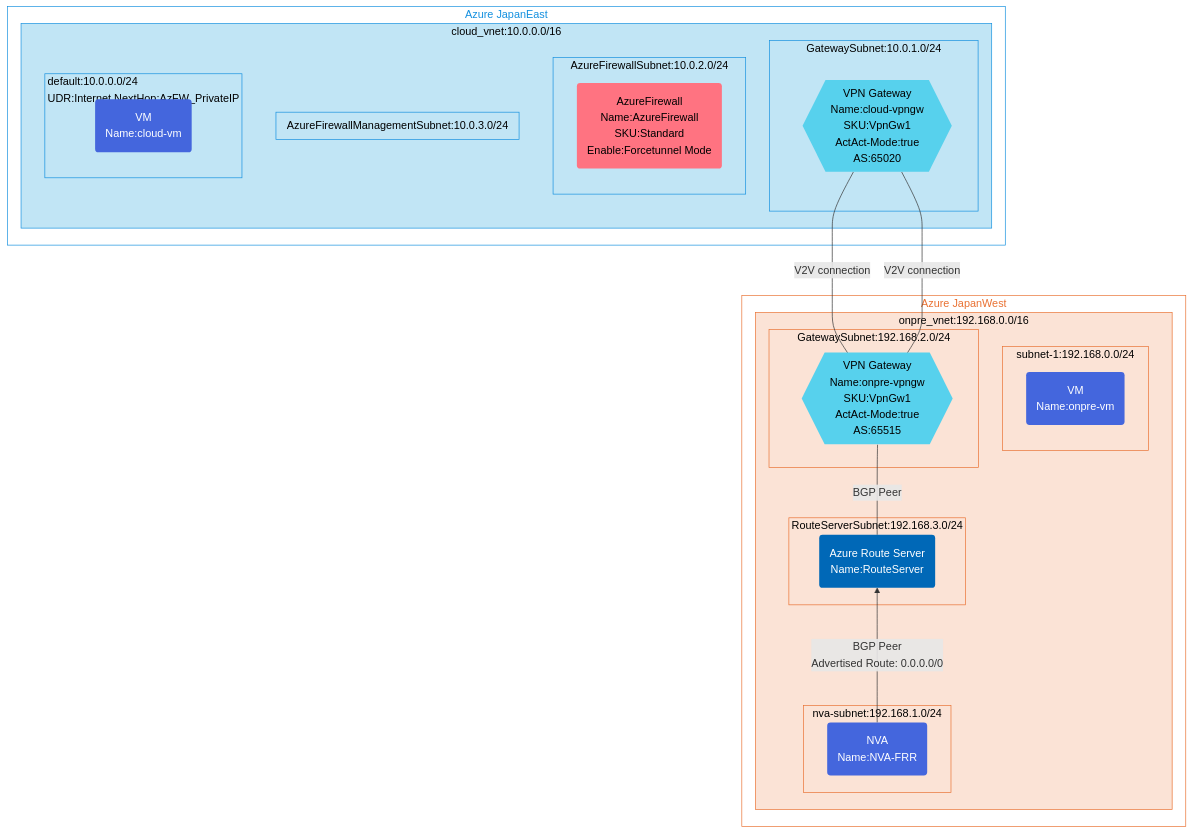
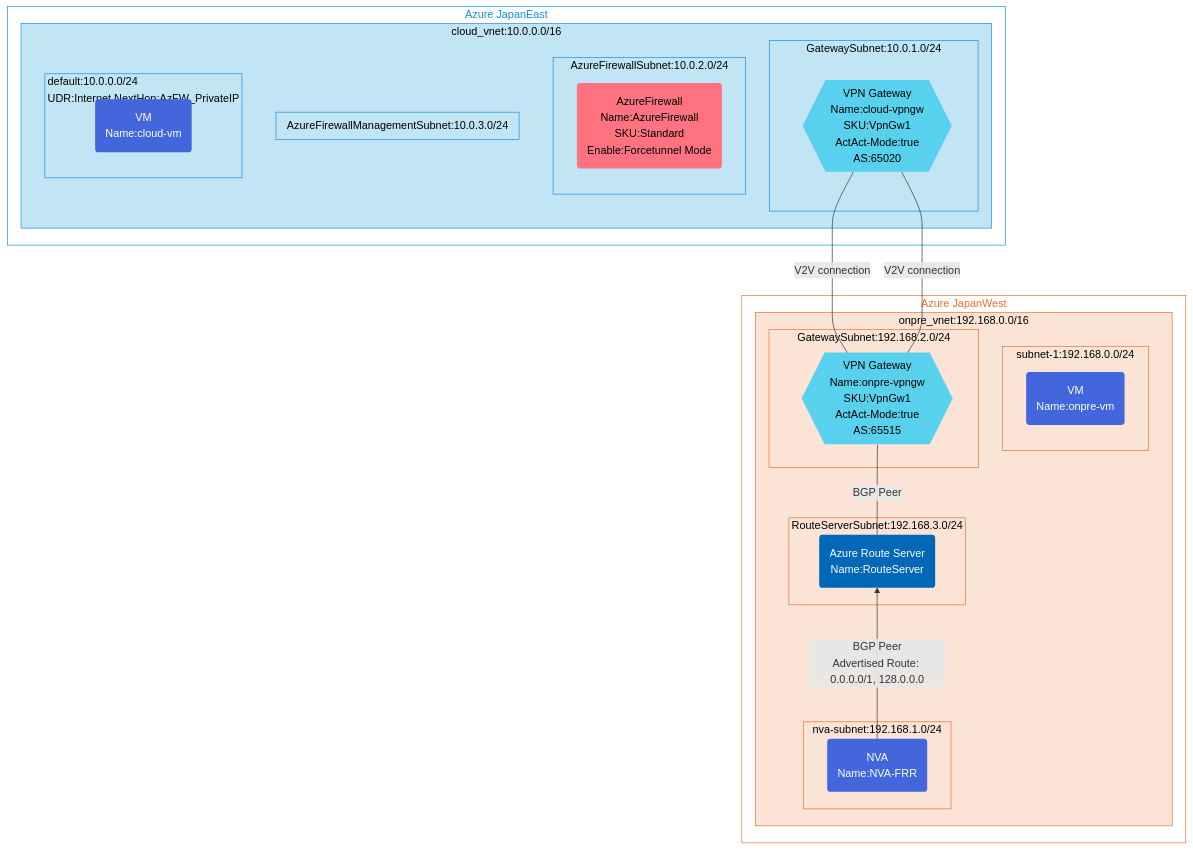
Before and after one commit to toizumi03/bicep-templates: the diagram in force-tunneling-configuration-using-AzFW-forcetunnel-mode/README.md, drawn with Mermaid.

````diff
--- a/force-tunneling-configuration-using-AzFW-forcetunnel-mode/README.md
+++ b/force-tunneling-configuration-using-AzFW-forcetunnel-mode/README.md
@@ -3,72 +3,72 @@
 ```mermaid
 graph BT;
 %% Groups and Services
 subgraph GR2[Azure JapanEast]
   subgraph GV2[cloud_vnet:10.0.0.0/16]
      subgraph GVS6[GatewaySubnet:10.0.1.0/24]
       VPNGW2{{"VPN Gateway<br/>Name:cloud-vpngw<br/>SKU:VpnGw1<br/>ActAct-Mode:true<br/>AS:65020"}}
     end
      subgraph GVS8[AzureFirewallSubnet:10.0.2.0/24]
         AzFW("AzureFirewall<br/>Name:AzureFirewall<br/>SKU:Standard<br/>Enable:Forcetunnel Mode")
     end
       subgraph GVS9[AzureFirewallManagementSubnet:10.0.3.0/24]
         AzFW("AzureFirewall<br/>Name:AzureFirewall<br/>SKU:Standard<br/>Enable:Forcetunnel Mode")
     end
       subgraph GVS7[default:10.0.0.0/24<br/>UDR:Internet NextHop:AzFW_PrivateIP]
         CP3("VM<br/>Name:cloud-vm")
     end
 end
 end
 subgraph GR1[Azure JapanWest]
   subgraph GV1[onpre_vnet:192.168.0.0/16]
       subgraph GVS1[subnet-1:192.168.0.0/24]
         CP1("VM<br/>Name:onpre-vm")
       end
       subgraph GVS2[nva-subnet:192.168.1.0/24]
         CP2("NVA<br/>Name:NVA-FRR")
       end
       subgraph GVS4[RouteServerSubnet:192.168.3.0/24]
         RS("Azure Route Server<br/>Name:RouteServer")
       end
       subgraph GVS3[GatewaySubnet:192.168.2.0/24]
         VPNGW1{{"VPN Gateway<br/>Name:onpre-vpngw<br/>SKU:VpnGw1<br/>ActAct-Mode:true<br/>AS:65515"}}
       end
 end
 end
 
 %% Relation for resources
 VPNGW1 --V2V connection--- VPNGW2
 VPNGW1 --V2V connection--- VPNGW2
-CP2 --BGP Peer<br/>Advertised Route: 0.0.0.0/0---> RS
+CP2 --BGP Peer<br/>Advertised Route: 0.0.0.0/1, 128.0.0.0---> RS
 RS --BGP Peer--- VPNGW1
 
 %% Groups style
 classDef GSR1 fill:#fff,color:#e97132,stroke:#e97132
 class GR1 GSR1
 
 classDef GSR2 fill:#fff,color:#1490df,stroke:#1490df
 class GR2 GSR2
 
 classDef SGV1 fill:#fbe3d6,color:#000,stroke:#e97132
 class GV1,GVS1,GVS2,GVS3,GVS4,GVS5 SGV1
 
 classDef SGV2 fill:#c1e5f5,color:#000,stroke:#1490df
 class GV2,GVS6,GVS7,GVS8,GVS9 SGV2
  
 %% Service Style
 classDef SCP fill:#4466dd,color:#fff,stroke:none
 class CP1,CP2,CP3 SCP
 
 classDef SVPNGW fill:#57d1ed,color:#000,stroke:none
 class VPNGW1,VPNGW2 SVPNGW
 
 classDef SRS fill:#0068b7,color:#fff,stroke:none
 class RS SRS
 
 classDef SFW fill:#ff7381,color:#000,stroke:none
 class AzFW SFW
 
 classDef SLNGW fill:#70b126,color:#fff,stroke:none
 class LNGW1,LNGW2 SLNGW
 
 ```
````
